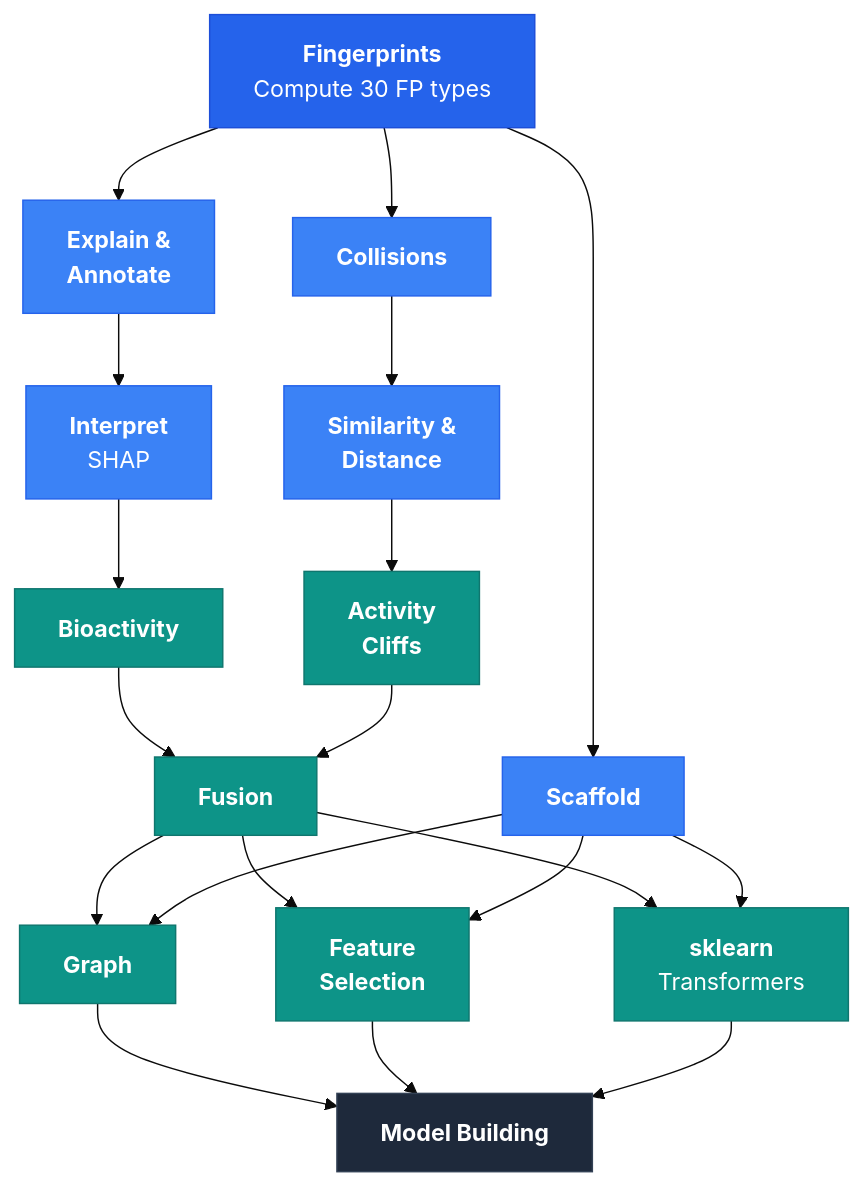
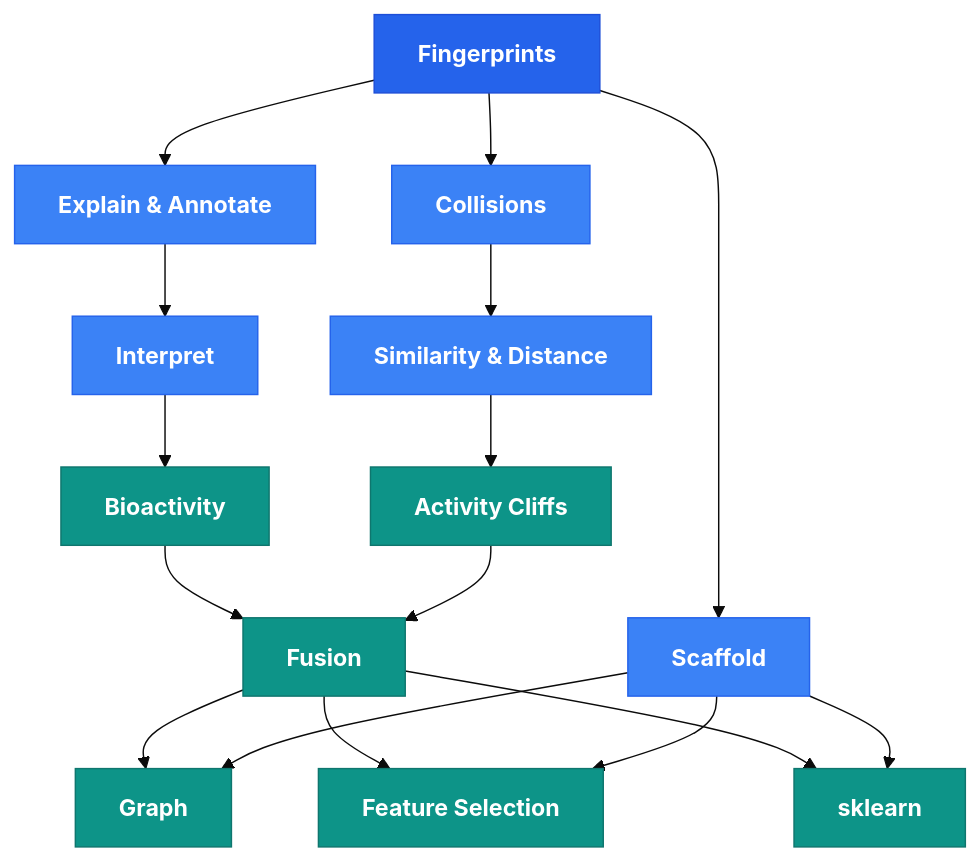
One commit to dataprofessor/molfp changed the diagram in docs/api/index.md. Above: the diagram before and after it, drawn with Mermaid (base theme). The commit also changed other lines of this file, not shown here.

````diff
--- a/docs/api/index.md
+++ b/docs/api/index.md
@@ -14,49 +169,36 @@
 ```mermaid
 graph TD
-    FP["<b>Fingerprints</b><br/>Compute 30 FP types"]
-    EA["<b>Explain &<br/>Annotate</b>"]
+    FP["<b>Fingerprints</b>"]
+    EA["<b>Explain & Annotate</b>"]
     CO["<b>Collisions</b>"]
     SC["<b>Scaffold</b>"]
-    IN["<b>Interpret</b><br/>SHAP"]
-    SD["<b>Similarity &<br/>Distance</b>"]
+    IN["<b>Interpret</b>"]
+    SD["<b>Similarity & Distance</b>"]
     BA["<b>Bioactivity</b>"]
-    AC["<b>Activity<br/>Cliffs</b>"]
+    AC["<b>Activity Cliffs</b>"]
     FU["<b>Fusion</b>"]
     GR["<b>Graph</b>"]
-    FS["<b>Feature<br/>Selection</b>"]
-    SK["<b>sklearn</b><br/>Transformers"]
-    MB["<b>Model Building</b>"]
+    FS["<b>Feature Selection</b>"]
+    SK["<b>sklearn</b>"]
 
-    FP --> EA
-    FP --> CO
-    FP --> SC
+    FP --> EA & CO & SC
     EA --> IN
     CO --> SD
     IN --> BA
     SD --> AC
-    BA --> FU
-    AC --> FU
-    FU --> GR
-    FU --> FS
-    FU --> SK
-    SC --> GR
-    SC --> FS
-    SC --> SK
-    GR --> MB
-    FS --> MB
-    SK --> MB
+    BA & AC --> FU
+    FU & SC --> GR & FS & SK
 
     style FP fill:#2563eb,color:#fff,stroke:#1d4ed8
     style EA fill:#3b82f6,color:#fff,stroke:#2563eb
     style CO fill:#3b82f6,color:#fff,stroke:#2563eb
     style SC fill:#3b82f6,color:#fff,stroke:#2563eb
     style IN fill:#3b82f6,color:#fff,stroke:#2563eb
     style SD fill:#3b82f6,color:#fff,stroke:#2563eb
     style BA fill:#0d9488,color:#fff,stroke:#0f766e
     style AC fill:#0d9488,color:#fff,stroke:#0f766e
     style FU fill:#0d9488,color:#fff,stroke:#0f766e
     style GR fill:#0d9488,color:#fff,stroke:#0f766e
     style FS fill:#0d9488,color:#fff,stroke:#0f766e
     style SK fill:#0d9488,color:#fff,stroke:#0f766e
-    style MB fill:#1e293b,color:#fff,stroke:#334155
 ```
````
